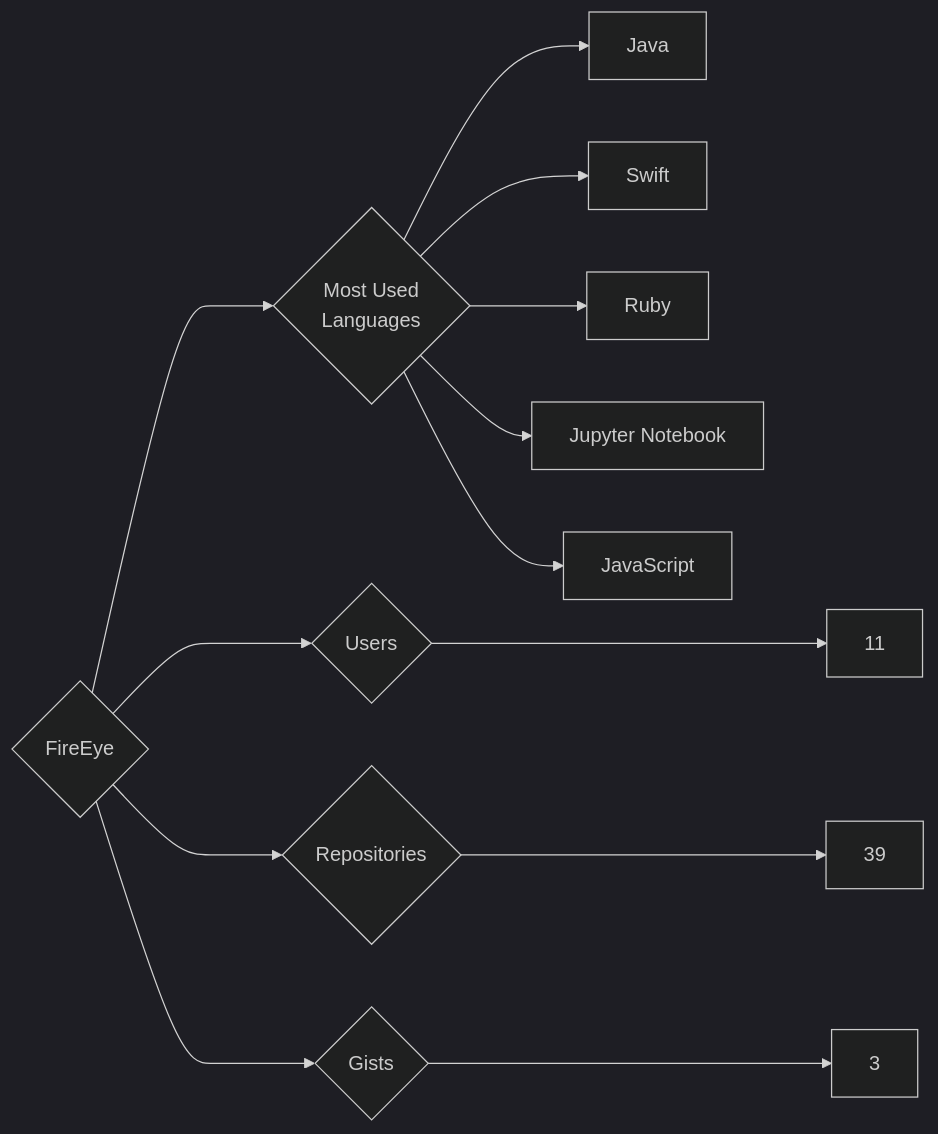
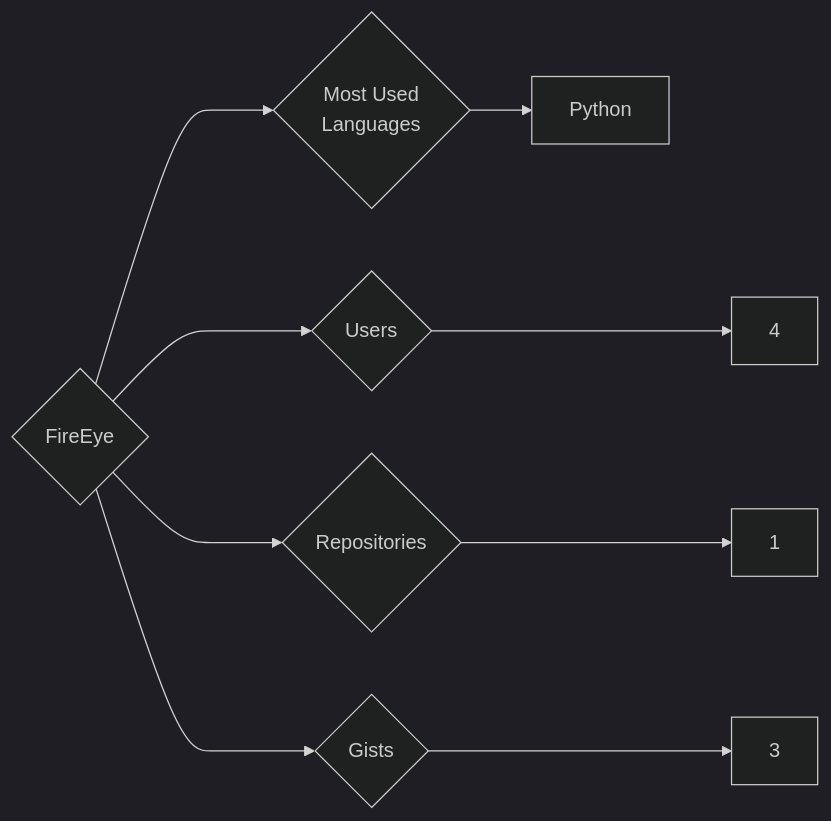
The diagram in targets/FireEye/README.md (trickest/insiders), drawn with Mermaid (dark theme) before and after one commit. The commit also changed 749 other files, not shown here.

````diff
--- a/targets/FireEye/README.md
+++ b/targets/FireEye/README.md
@@ -3,13 +3,9 @@
 ```mermaid
 graph LR
 COMPANY_NAME{FireEye}
-COMPANY_NAME ---> U{Users} ---> UN[11]
-COMPANY_NAME ---> R{Repositories} ---> RN[39]
+COMPANY_NAME ---> U{Users} ---> UN[4]
+COMPANY_NAME ---> R{Repositories} ---> RN[1]
 COMPANY_NAME ---> G{Gists} ---> GN[3]
 COMPANY_NAME ---> ML{Most Used<br>Languages}
-ML --> Java[Java]
-ML --> Swift[Swift]
-ML --> Ruby[Ruby]
-ML --> Jupyter_Notebook[Jupyter Notebook]
-ML --> JavaScript[JavaScript]
+ML --> Python[Python]
 ```
````
